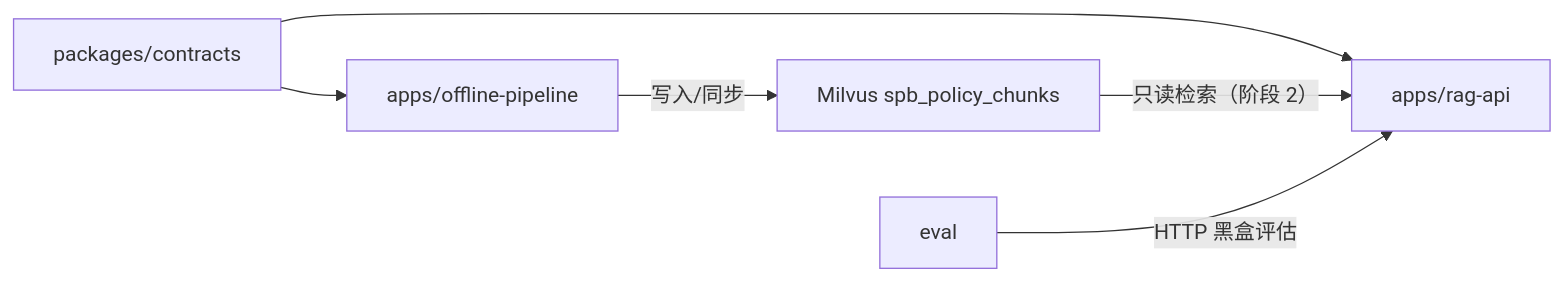
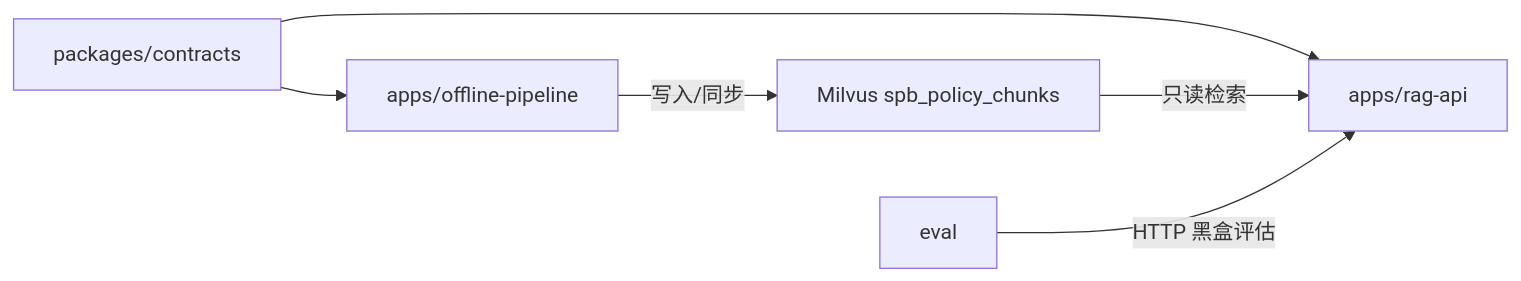
Before and after one commit to wwbotww/Intern26-spb: the first of 2 diagrams in docs/workspace-architecture.md, drawn with Mermaid. The commit also changed other lines of this file and 10 other files, not shown here.

````diff
--- a/docs/workspace-architecture.md
+++ b/docs/workspace-architecture.md
@@ -9,8 +9,8 @@
 ```mermaid
 flowchart LR
     C["packages/contracts"] --> O["apps/offline-pipeline"]
     C --> R["apps/rag-api"]
     O -->|"写入/同步"| M["Milvus spb_policy_chunks"]
-    M -->|"只读检索（阶段 2）"| R
+    M -->|"只读检索"| R
     E["eval"] -->|"HTTP 黑盒评估"| R
 ```
````
